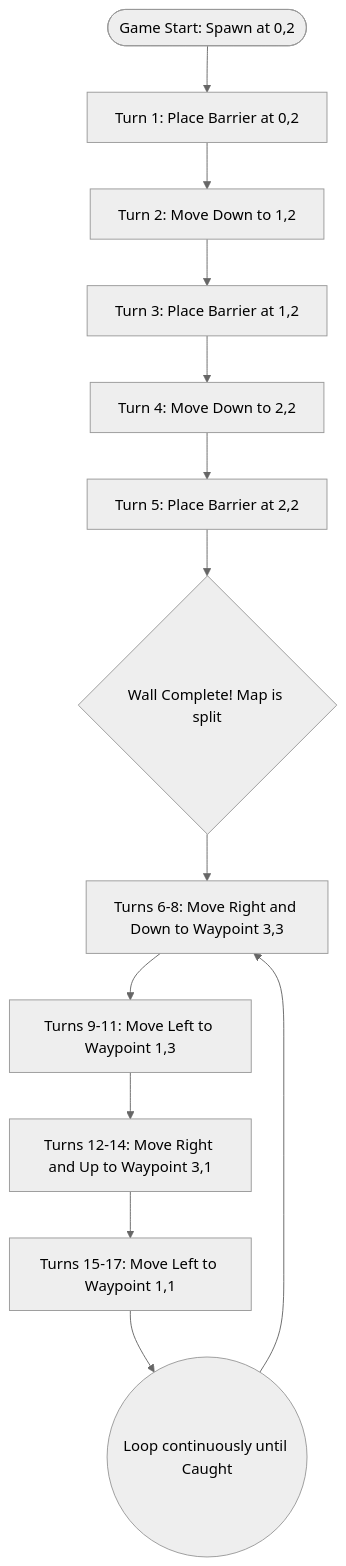
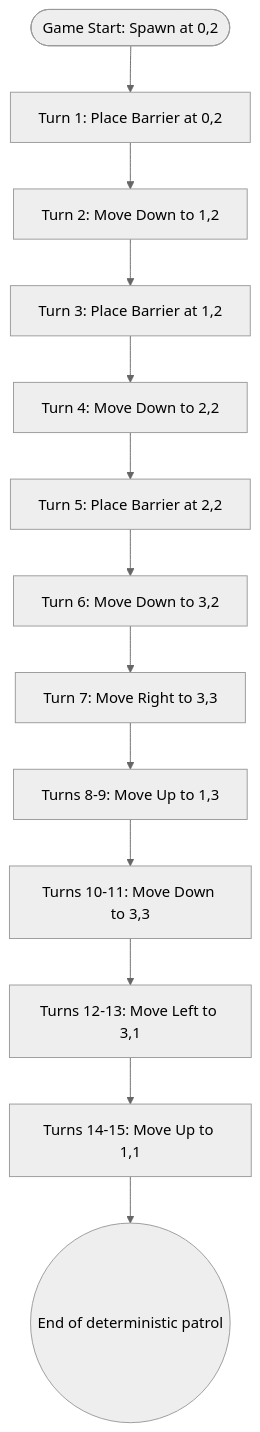
One commit to Nell-Kh/HW06-Dual-AI-agent-race-via-MCP-servers changed the first of 2 diagrams in README.md. Above: the diagram before and after it, drawn with Mermaid (neutral theme). The commit also changed other lines of this file, not shown here.

Commit message:
docs: fix diagram path exact turns and fix private repo video embedding

````diff
--- a/README.md
+++ b/README.md
@@ -93,19 +93,20 @@
 ```mermaid
 flowchart TD
     Start([Game Start: Spawn at 0,2]) --> T1
     
     T1[Turn 1: Place Barrier at 0,2] --> T2
     T2[Turn 2: Move Down to 1,2] --> T3
     T3[Turn 3: Place Barrier at 1,2] --> T4
     T4[Turn 4: Move Down to 2,2] --> T5
-    T5[Turn 5: Place Barrier at 2,2] --> Wall
+    T5[Turn 5: Place Barrier at 2,2] --> T6
     
-    Wall{Wall Complete! Map is split} --> W1
+    T6[Turn 6: Move Down to 3,2] --> T7
     
-    W1[Turns 6-8: Move Right and Down to Waypoint 3,3] --> W2
-    W2[Turns 9-11: Move Left to Waypoint 1,3] --> W3
-    W3[Turns 12-14: Move Right and Up to Waypoint 3,1] --> W4
-    W4[Turns 15-17: Move Left to Waypoint 1,1] --> Loop
+    T7[Turn 7: Move Right to 3,3] --> T8
+    T8[Turns 8-9: Move Up to 1,3] --> T10
+    T10[Turns 10-11: Move Down to 3,3] --> T12
+    T12[Turns 12-13: Move Left to 3,1] --> T14
+    T14[Turns 14-15: Move Up to 1,1] --> Loop
     
-    Loop((Loop continuously until Caught)) --> W1
+    Loop((End of deterministic patrol))
 ```
````
